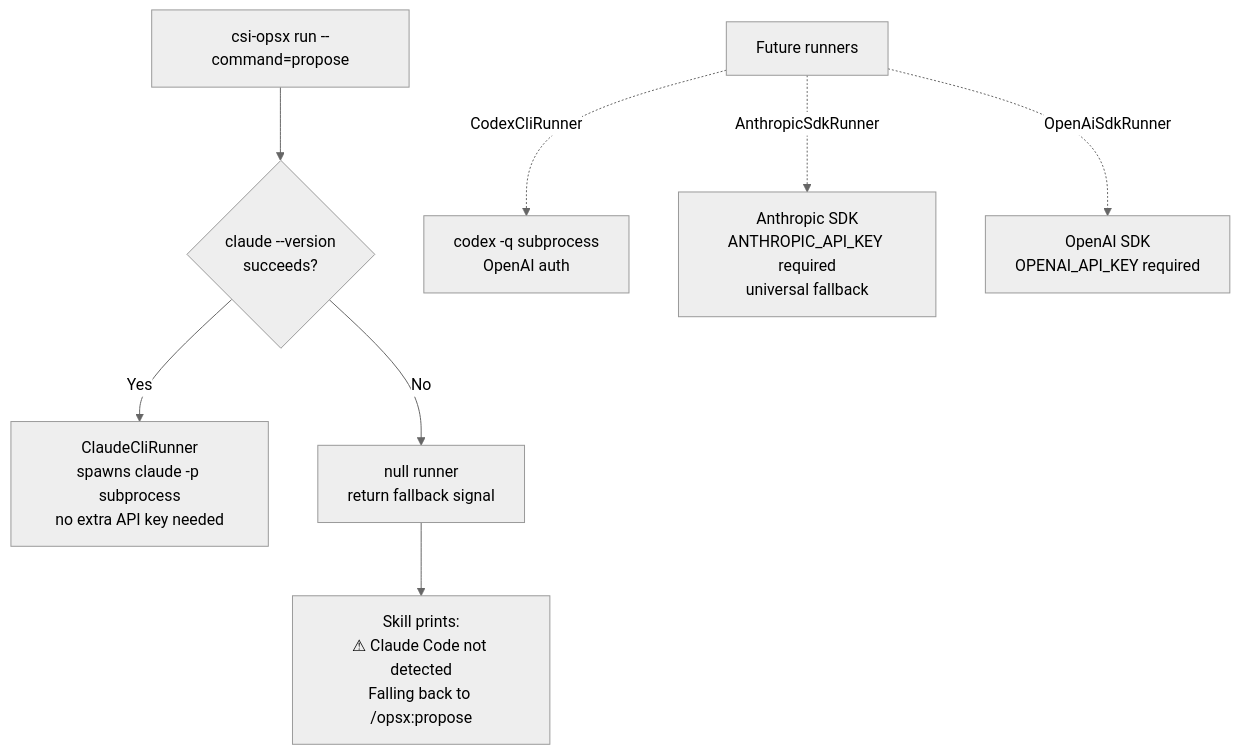
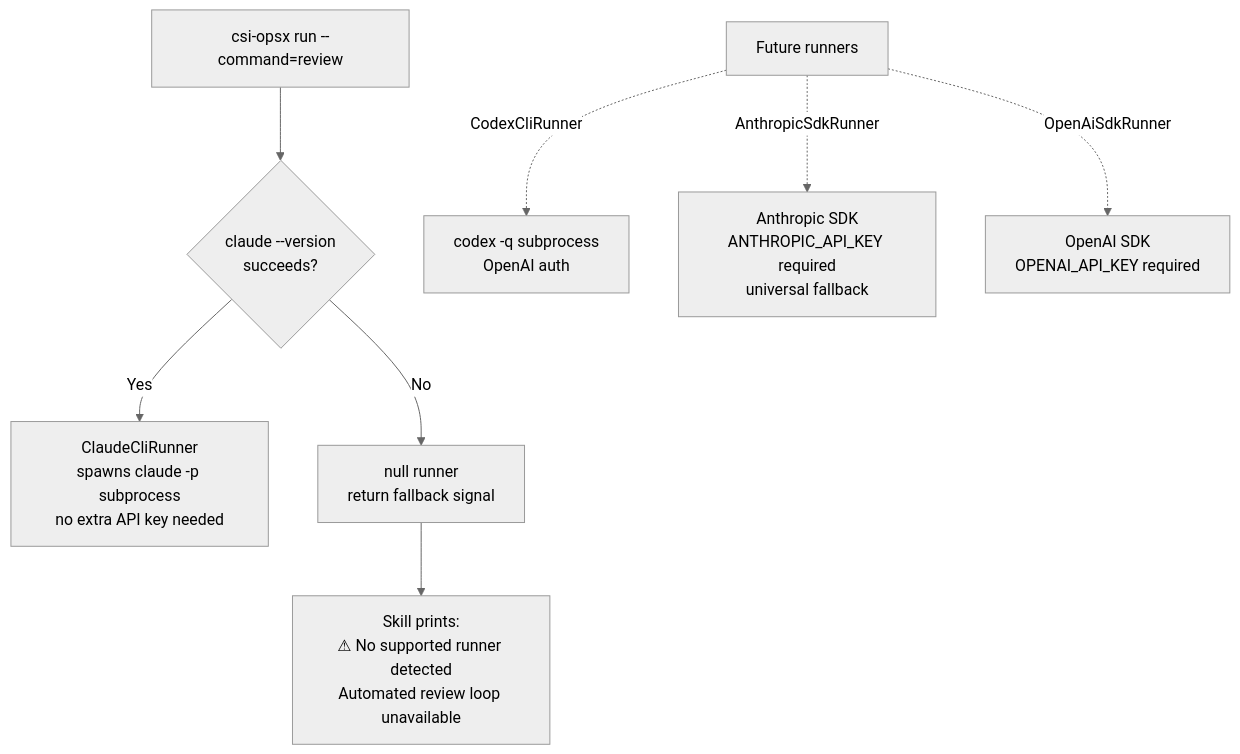
Before and after one commit to raajrr/csi-opsx: the second of 4 diagrams in docs/superpowers/specs/2026-05-18-csi-opsx-design.md, drawn with Mermaid (neutral theme). The commit also changed other lines of this file and 7 other files, not shown here.

Commit message:
docs: sync all documents to current state — thin-propose fallout in the living spec, review command coverage, dated supersession notes, implemented statuses

````diff
--- a/docs/superpowers/specs/2026-05-18-csi-opsx-design.md
+++ b/docs/superpowers/specs/2026-05-18-csi-opsx-design.md
@@ -230,11 +234,11 @@
 ```mermaid
 flowchart TD
-    A["csi-opsx run --command=propose"] --> B{"claude --version\nsucceeds?"}
+    A["csi-opsx run --command=review"] --> B{"claude --version\nsucceeds?"}
     B -- Yes --> C[ClaudeCliRunner\nspawns claude -p subprocess\nno extra API key needed]
     B -- No --> D[null runner\nreturn fallback signal]
-    D --> E["Skill prints:\n⚠ Claude Code not detected\nFalling back to /opsx:propose"]
+    D --> E["Skill prints:\n⚠ No supported runner detected\nAutomated review loop unavailable"]
 
     F[Future runners] -. CodexCliRunner .-> G["codex -q subprocess\nOpenAI auth"]
     F -. AnthropicSdkRunner .-> H["Anthropic SDK\nANTHROPIC_API_KEY required\nuniversal fallback"]
     F -. OpenAiSdkRunner .-> I["OpenAI SDK\nOPENAI_API_KEY required"]
 ```
````
